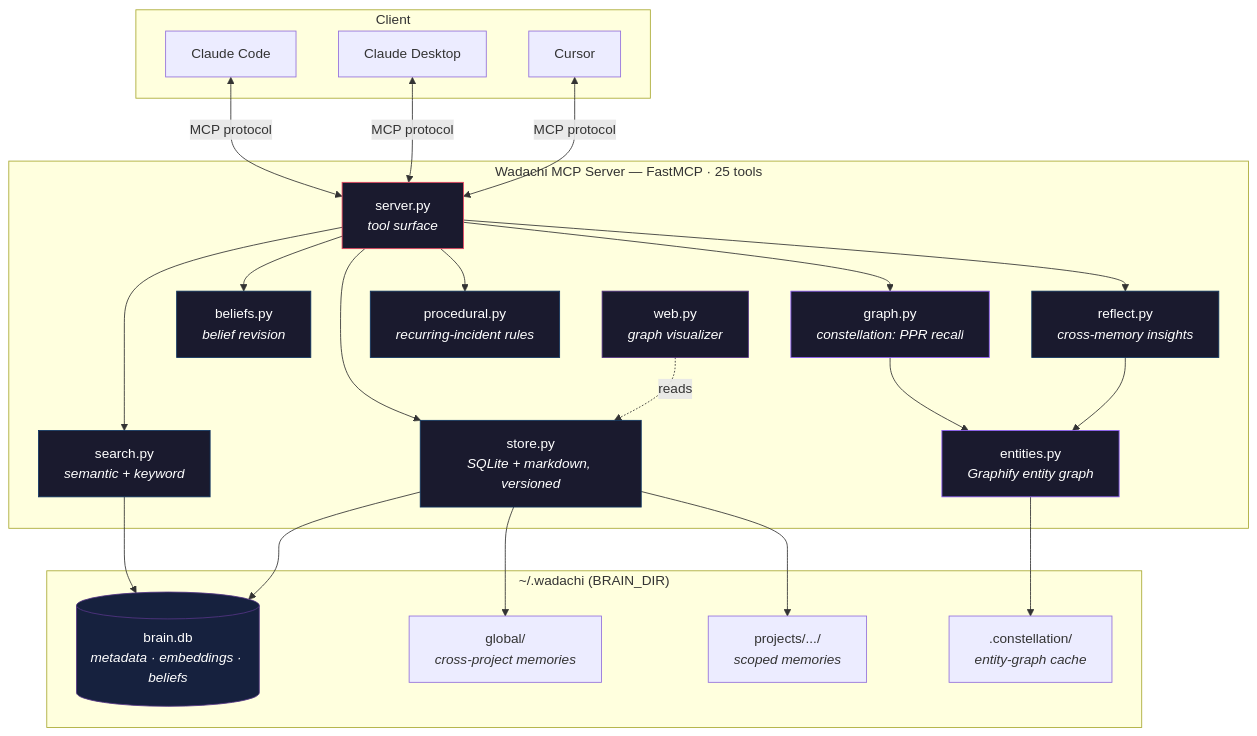
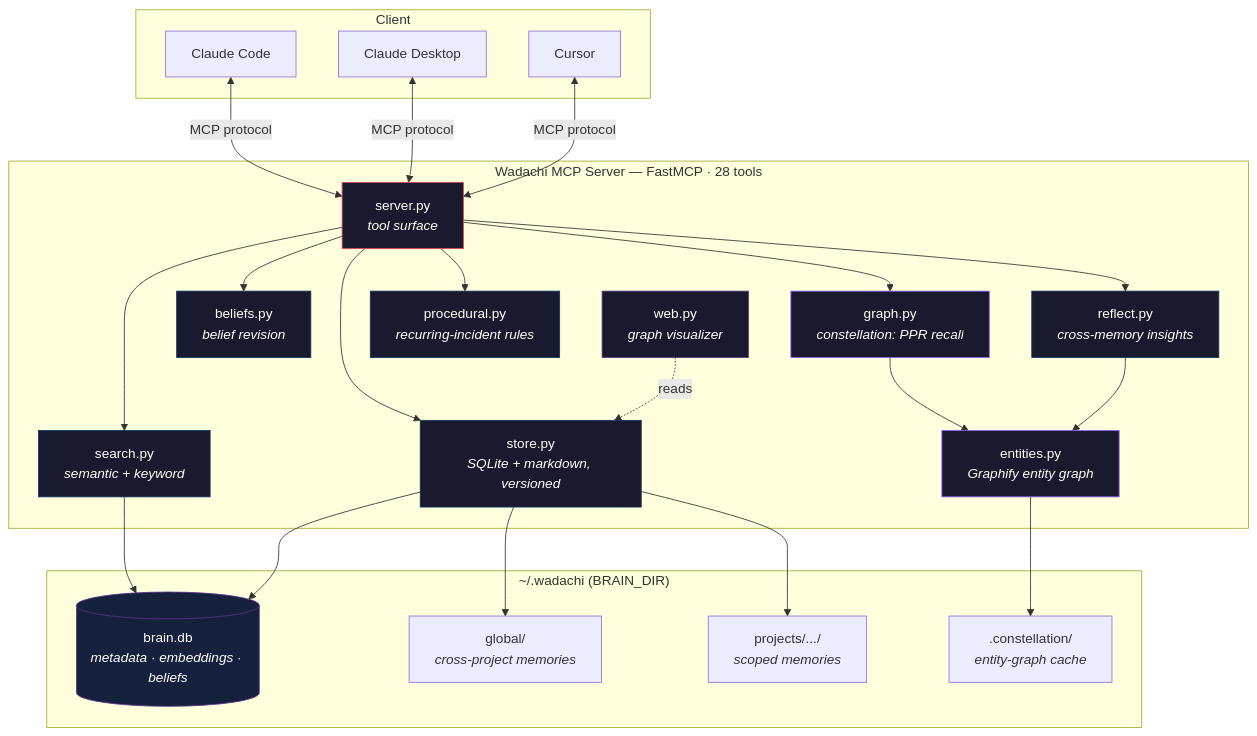
The diagram in README.md (EliaCinti/engram), drawn with Mermaid before and after one commit. The commit also changed other lines of this file and 11 other files, not shown here.

````diff
--- a/README.md
+++ b/README.md
@@ -76,47 +76,47 @@
 ```mermaid
 graph TB
     subgraph Client
         CC[Claude Code]
         CD[Claude Desktop]
         CU[Cursor]
     end
 
-    subgraph Server ["Wadachi MCP Server — FastMCP · 25 tools"]
+    subgraph Server ["Wadachi MCP Server — FastMCP · 28 tools"]
         S[server.py<br><i>tool surface</i>]
         ST[store.py<br><i>SQLite + markdown, versioned</i>]
         SE[search.py<br><i>semantic + keyword</i>]
         GR[graph.py<br><i>constellation: PPR recall</i>]
         EN[entities.py<br><i>Graphify entity graph</i>]
         BE[beliefs.py<br><i>belief revision</i>]
         RE[reflect.py<br><i>cross-memory insights</i>]
         PR[procedural.py<br><i>recurring-incident rules</i>]
         WE[web.py<br><i>graph visualizer</i>]
     end
 
     subgraph Storage ["~/.wadachi (BRAIN_DIR)"]
         DB[(brain.db<br><i>metadata · embeddings · beliefs</i>)]
         GL[global/<br><i>cross-project memories</i>]
         PJ[projects/.../<br><i>scoped memories</i>]
         CO[.constellation/<br><i>entity-graph cache</i>]
     end
 
     CC & CD & CU <-->|MCP protocol| S
     S --> SE & ST & GR & BE & RE & PR
     GR --> EN
     RE --> EN
     SE --> DB
     ST --> DB & GL & PJ
     EN --> CO
     WE -.->|reads| ST
 
     style S fill:#1a1a2e,stroke:#e94560,color:#fff
     style ST fill:#1a1a2e,stroke:#0f3460,color:#fff
     style SE fill:#1a1a2e,stroke:#0f3460,color:#fff
     style GR fill:#1a1a2e,stroke:#8b5cf6,color:#fff
     style EN fill:#1a1a2e,stroke:#8b5cf6,color:#fff
     style BE fill:#1a1a2e,stroke:#0f3460,color:#fff
     style RE fill:#1a1a2e,stroke:#0f3460,color:#fff
     style PR fill:#1a1a2e,stroke:#0f3460,color:#fff
     style WE fill:#1a1a2e,stroke:#533483,color:#fff
     style DB fill:#16213e,stroke:#533483,color:#fff
 ```
````
